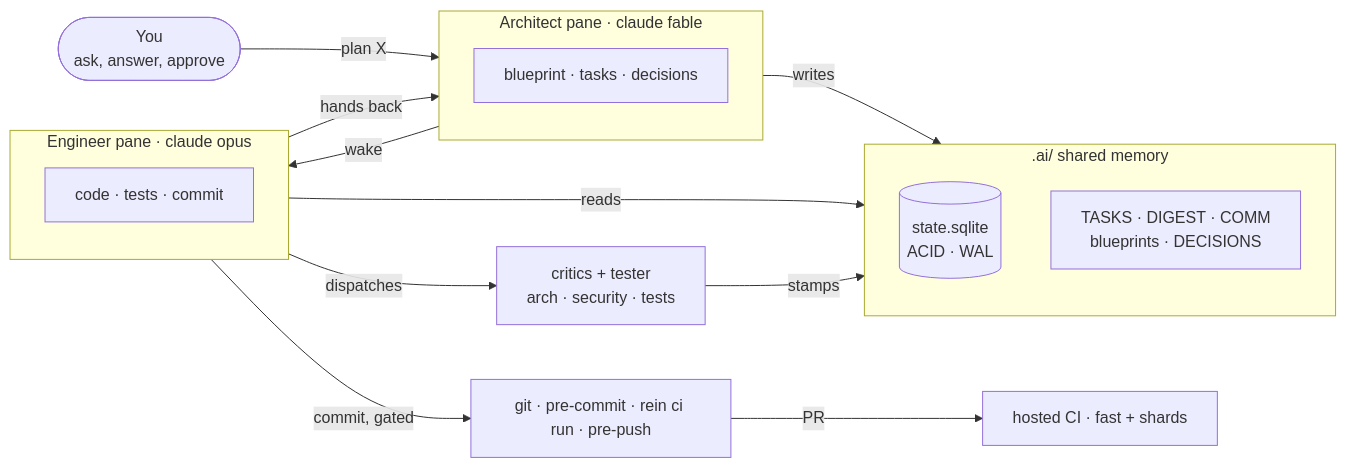
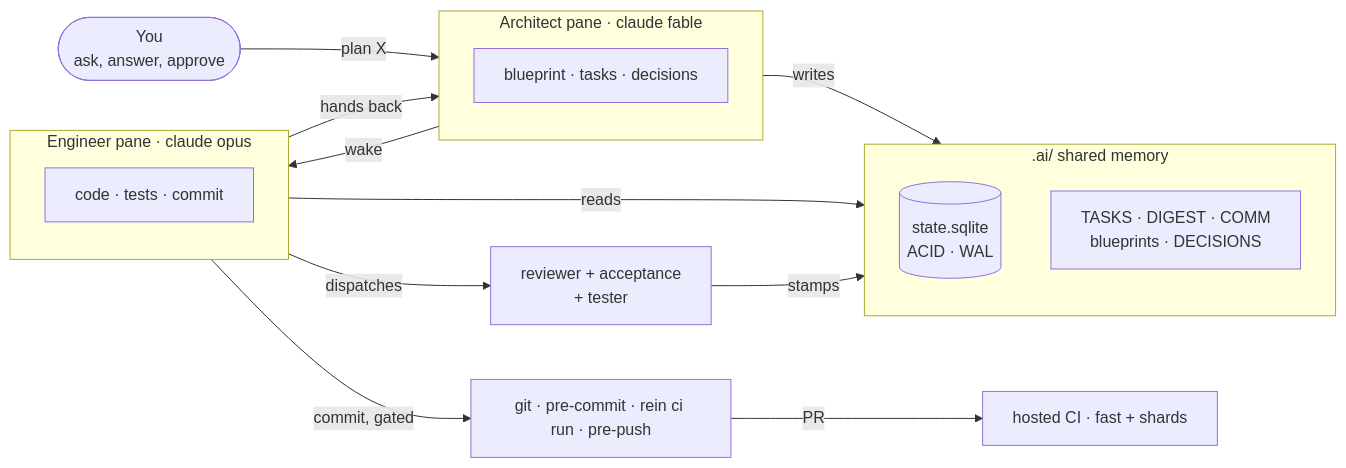
One commit to Vimurai/rein changed the diagram in README.md. Above: the diagram before and after it, drawn with Mermaid. The commit also changed other lines of this file and 78 other files, not shown here.

````diff
--- a/README.md
+++ b/README.md
@@ -67,24 +68,24 @@
 ```mermaid
 flowchart LR
     You(["You<br/>ask, answer, approve"])
     subgraph A["Architect pane · claude fable"]
         A1["blueprint · tasks · decisions"]
     end
     subgraph E["Engineer pane · claude opus"]
         E1["code · tests · commit"]
     end
     subgraph M[".ai/ shared memory"]
         M1[("state.sqlite<br/>ACID · WAL")]
         M2["TASKS · DIGEST · COMM<br/>blueprints · DECISIONS"]
     end
-    C["critics + tester<br/>arch · security · tests"]
+    C["reviewer + acceptance<br/>+ tester"]
     You -->|"plan X"| A
     A -->|"writes"| M
     A -->|"wake"| E
     E -->|"reads"| M
     E -->|"dispatches"| C
     C -->|"stamps"| M
     E -->|"hands back"| A
     E -->|"commit, gated"| G["git · pre-commit · rein ci run · pre-push"]
     G -->|"PR"| H["hosted CI · fast + shards"]
 ```
````
